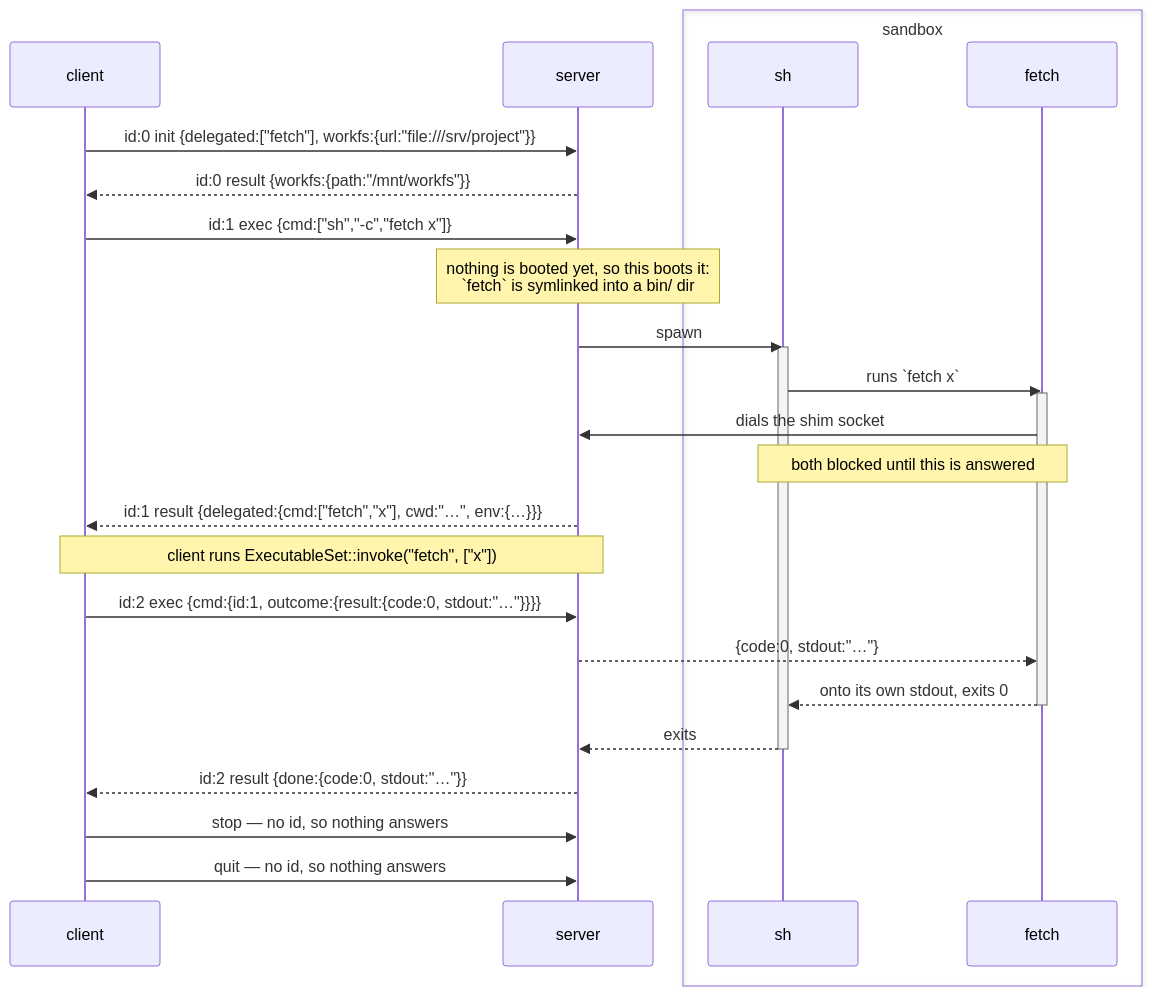
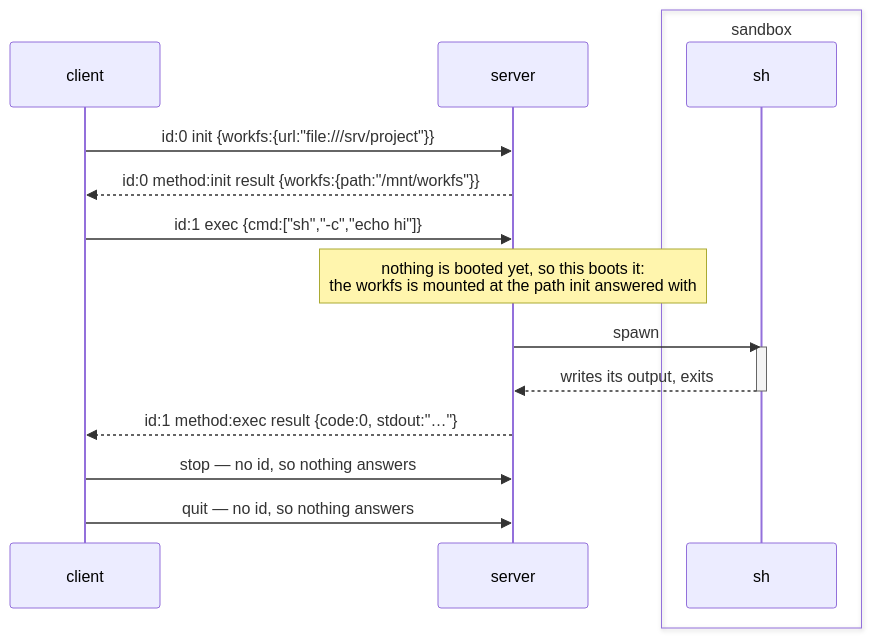
The first of 2 diagrams in cortex/src/console/ARCHITECTURE.md (brekkylab/cortex), drawn with Mermaid before and after one commit. The commit also changed other lines of this file and 70 other files, not shown here.

Commit message:
Remove delegated execution, skill-related code (#32)

````diff
--- a/cortex/src/console/ARCHITECTURE.md
+++ b/cortex/src/console/ARCHITECTURE.md
@@ -564,33 +442,22 @@
 ```mermaid
 sequenceDiagram
     participant client
     participant server
     box transparent sandbox
         participant sh
-        participant shim as fetch
     end
 
-    client->>server: id:0 init {delegated:["fetch"], workfs:{url:"file:///srv/project"}}
-    server-->>client: id:0 result {workfs:{path:"/mnt/workfs"}}
+    client->>server: id:0 init {workfs:{url:"file:///srv/project"}}
+    server-->>client: id:0 method:init result {workfs:{path:"/mnt/workfs"}}
 
-    client->>server: id:1 exec {cmd:["sh","-c","fetch x"]}
-    Note over server: nothing is booted yet, so this boots it:<br/>`fetch` is symlinked into a bin/ dir
+    client->>server: id:1 exec {cmd:["sh","-c","echo hi"]}
+    Note over server: nothing is booted yet, so this boots it:<br/>the workfs is mounted at the path init answered with
     server->>sh: spawn
     activate sh
-    sh->>shim: runs `fetch x`
-    activate shim
-    shim->>server: dials the shim socket
-    Note over sh,shim: both blocked until this is answered
-    server-->>client: id:1 result {delegated:{cmd:["fetch","x"], cwd:"…", env:{…}}}
-    Note over client,server: client runs ExecutableSet::invoke("fetch", ["x"])
-    client->>server: id:2 exec {cmd:{id:1, outcome:{result:{code:0, stdout:"…"}}}}
-    server-->>shim: {code:0, stdout:"…"}
-    shim-->>sh: onto its own stdout, exits 0
-    deactivate shim
-    sh-->>server: exits
+    sh-->>server: writes its output, exits
     deactivate sh
-    server-->>client: id:2 result {done:{code:0, stdout:"…"}}
+    server-->>client: id:1 method:exec result {code:0, stdout:"…"}
 
     client->>server: stop — no id, so nothing answers
     client->>server: quit — no id, so nothing answers
 ```
````
